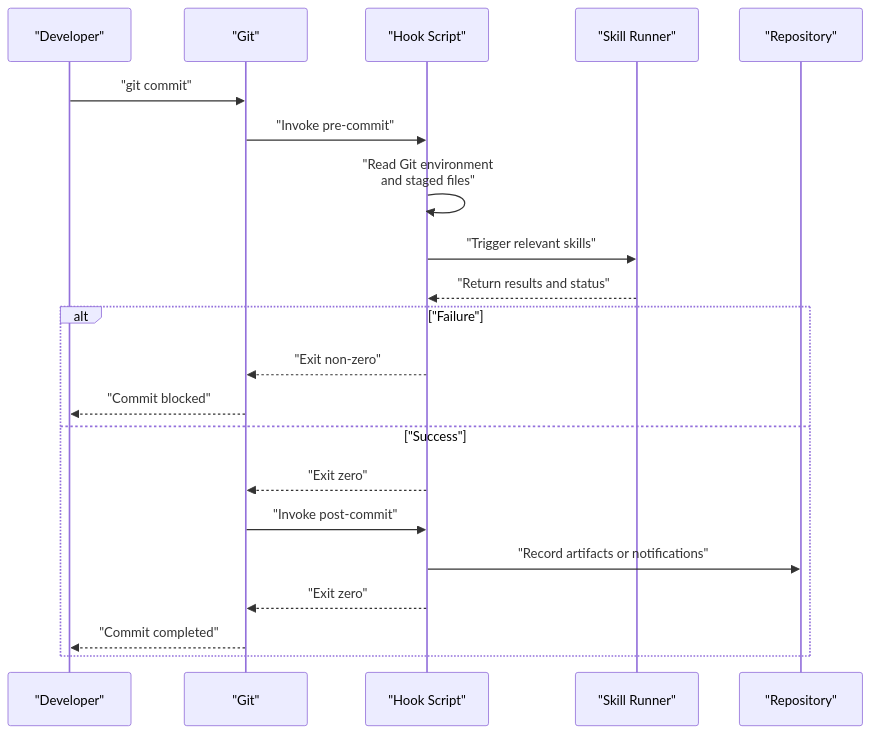
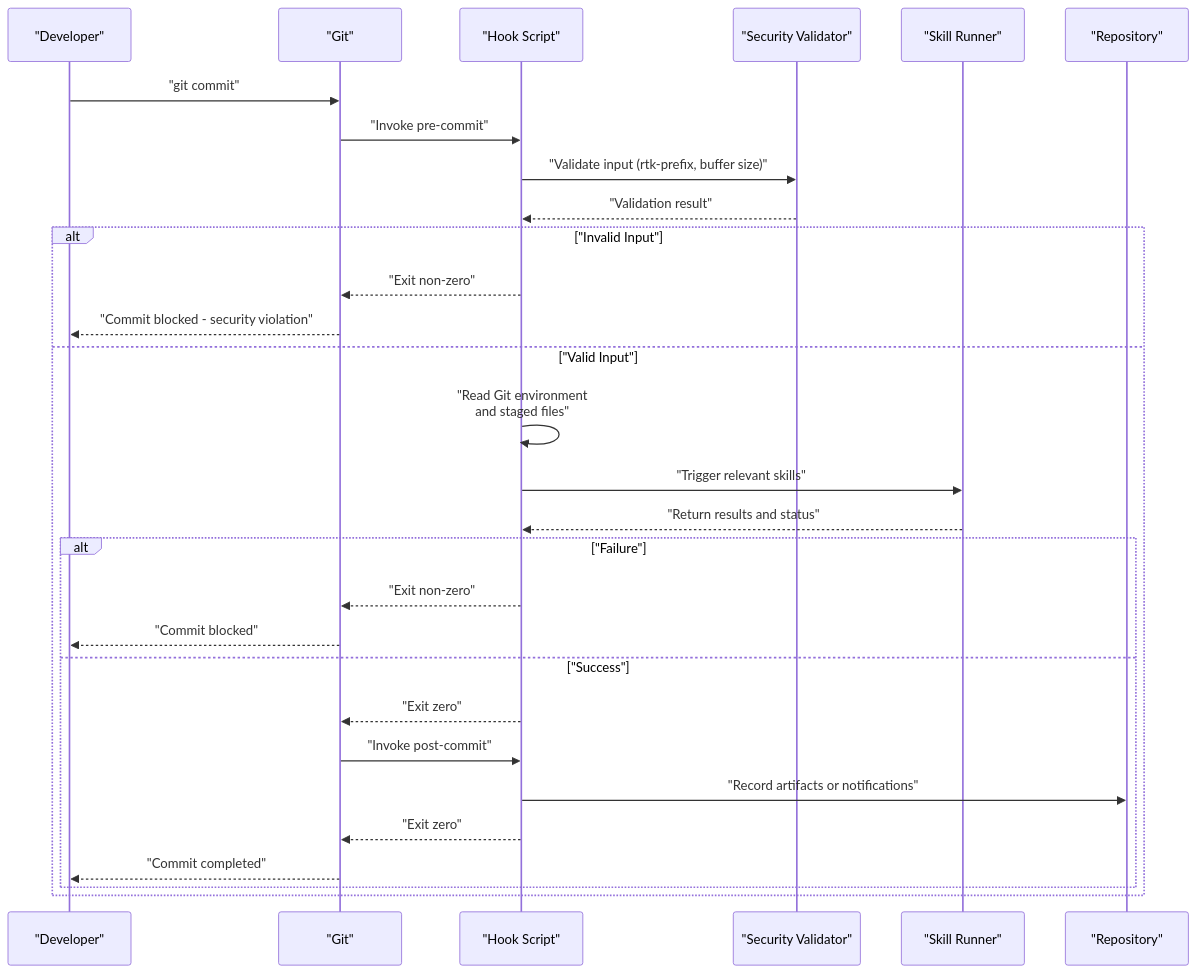
Before and after one commit to Sherlock-Shi/pi-codex-kit: the second of 8 diagrams in .qoder/repowiki/en/content/Core Architecture/Hook System Architecture.md, drawn with Mermaid. The commit also changed other lines of this file and 47 other files, not shown here.

````diff
--- a/.qoder/repowiki/en/content/Core Architecture/Hook System Architecture.md
+++ b/.qoder/repowiki/en/content/Core Architecture/Hook System Architecture.md
@@ -126,23 +137,31 @@
 ```mermaid
 sequenceDiagram
 participant Dev as "Developer"
 participant Git as "Git"
 participant Hook as "Hook Script"
+participant Validator as "Security Validator"
 participant Skill as "Skill Runner"
 participant Repo as "Repository"
 Dev->>Git : "git commit"
 Git->>Hook : "Invoke pre-commit"
+Hook->>Validator : "Validate input (rtk-prefix, buffer size)"
+Validator-->>Hook : "Validation result"
+alt "Invalid Input"
+Hook-->>Git : "Exit non-zero"
+Git-->>Dev : "Commit blocked - security violation"
+else "Valid Input"
 Hook->>Hook : "Read Git environment<br/>and staged files"
 Hook->>Skill : "Trigger relevant skills"
 Skill-->>Hook : "Return results and status"
 alt "Failure"
 Hook-->>Git : "Exit non-zero"
 Git-->>Dev : "Commit blocked"
 else "Success"
 Hook-->>Git : "Exit zero"
 Git->>Hook : "Invoke post-commit"
 Hook->>Repo : "Record artifacts or notifications"
 Hook-->>Git : "Exit zero"
 Git-->>Dev : "Commit completed"
 end
+end
 ```
````
